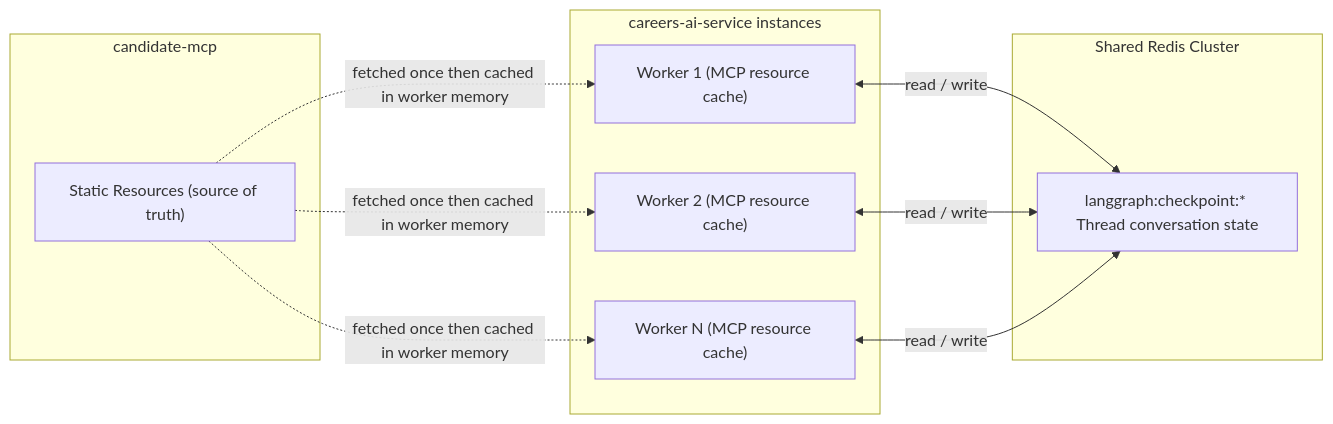
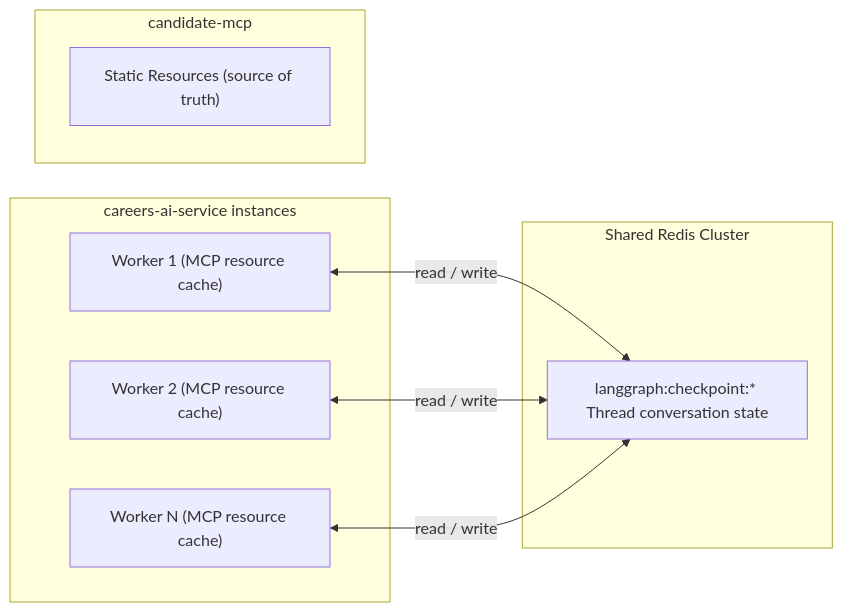
Before and after one commit to venkat-raman17/candidate-agent: diagram 27 of 30 in LLD_POST_APPLY_ASSISTANT.md, drawn with Mermaid. The commit also changed other lines of this file, not shown here.

````diff
--- a/LLD_POST_APPLY_ASSISTANT.md
+++ b/LLD_POST_APPLY_ASSISTANT.md
@@ -1626,21 +1599,18 @@
 ```mermaid
 flowchart LR
     subgraph "careers-ai-service instances"
         W1["Worker 1 (MCP resource cache)"]
         W2["Worker 2 (MCP resource cache)"]
         WN["Worker N (MCP resource cache)"]
     end
 
     subgraph "Shared Redis Cluster"
         NS2["langgraph:checkpoint:* Thread conversation state"]
     end
 
     subgraph "candidate-mcp"
         SR["Static Resources (source of truth)"]
     end
 
     W1 & W2 & WN <-->|"read / write"| NS2
-    SR -.->|"fetched once then cached in worker memory"| W1
-    SR -.->|"fetched once then cached in worker memory"| W2
-    SR -.->|"fetched once then cached in worker memory"| WN
 ```
````
